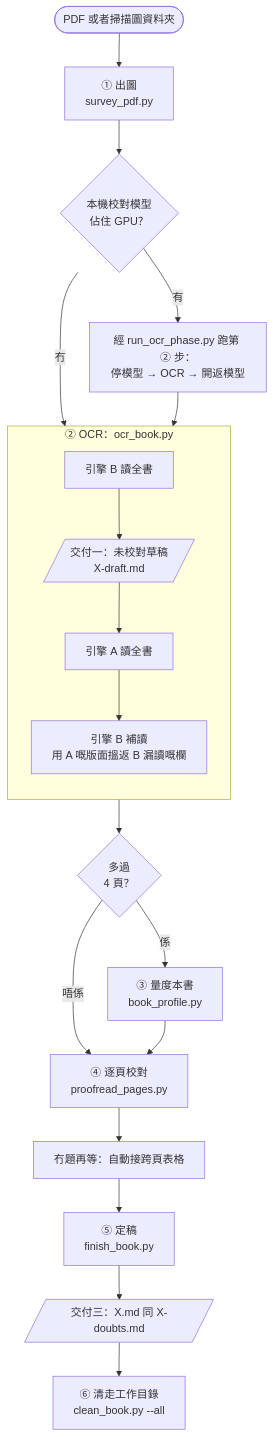
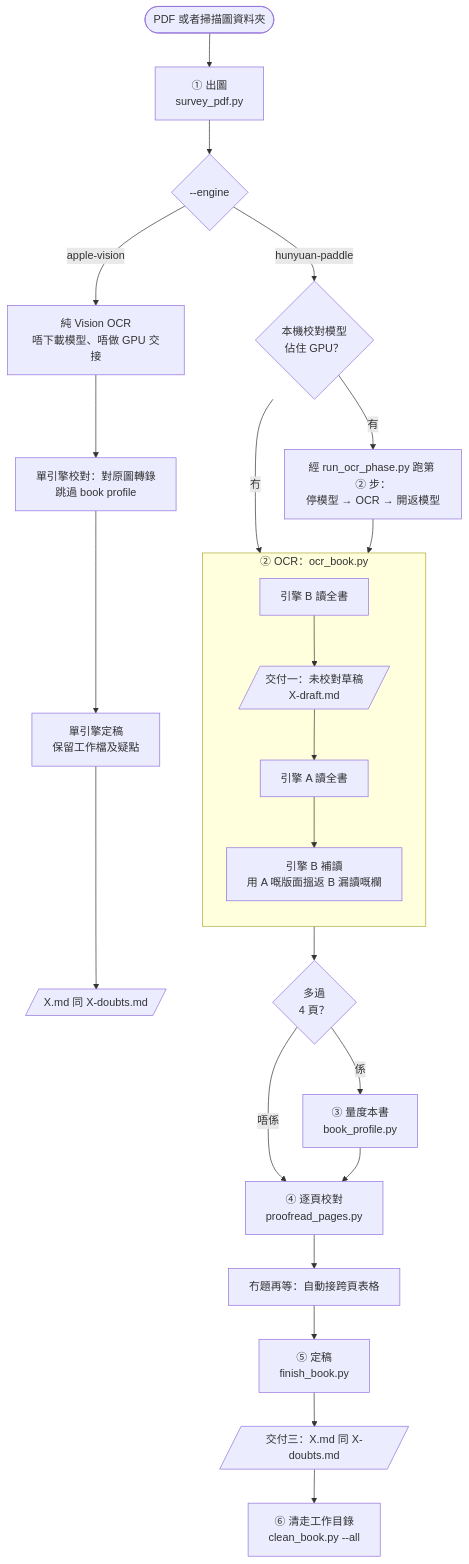
Before and after one commit to laubonghaudoi/jyut-ocr-proofread: the fourth of 6 diagrams in README.md, drawn with Mermaid. The commit also changed other lines of this file and 33 other files, not shown here.

Commit message:
Separate pure Apple Vision and Hunyuan-Paddle OCR routes

````diff
--- a/README.md
+++ b/README.md
@@ -168,24 +167,29 @@
 ```mermaid
 flowchart TD
   pdf(["PDF 或者掃描圖資料夾"]) --> s1["① 出圖<br/>survey_pdf.py"]
-  s1 --> hand{"本機校對模型<br/>佔住 GPU？"}
+  s1 --> route{"--engine"}
+  route -->|"hunyuan-paddle"| hand{"本機校對模型<br/>佔住 GPU？"}
+  route -->|"apple-vision"| vision["純 Vision OCR<br/>唔下載模型、唔做 GPU 交接"]
+  vision --> single["單引擎校對：對原圖轉錄<br/>跳過 book profile"]
+  single --> singlefinish["單引擎定稿<br/>保留工作檔及疑點"]
+  singlefinish --> singleout[/"X.md 同 X-doubts.md"/]
   hand -->|"冇"| ocr
   hand -->|"有"| wrap["經 run_ocr_phase.py 跑第 ② 步：<br/>停模型 → OCR → 開返模型"]
   wrap --> ocr
 
   subgraph ocr["② OCR：ocr_book.py"]
     direction TB
     b1["引擎 B 讀全書"] --> d1[/"交付一：未校對草稿<br/>X-draft.md"/]
     d1 --> a1["引擎 A 讀全書"]
     a1 --> b2["引擎 B 補讀<br/>用 A 嘅版面搵返 B 漏讀嘅欄"]
   end
 
   ocr --> short{"多過<br/>4 頁？"}
   short -->|"係"| s3["③ 量度本書<br/>book_profile.py"]
   short -->|"唔係"| s4
   s3 --> s4["④ 逐頁校對<br/>proofread_pages.py"]
   s4 --> stitch["冇題再等：自動接跨頁表格"]
   stitch --> s5["⑤ 定稿<br/>finish_book.py"]
   s5 --> d3[/"交付三：X.md 同 X-doubts.md"/]
   d3 --> s6["⑥ 清走工作目錄<br/>clean_book.py --all"]
 ```
````
